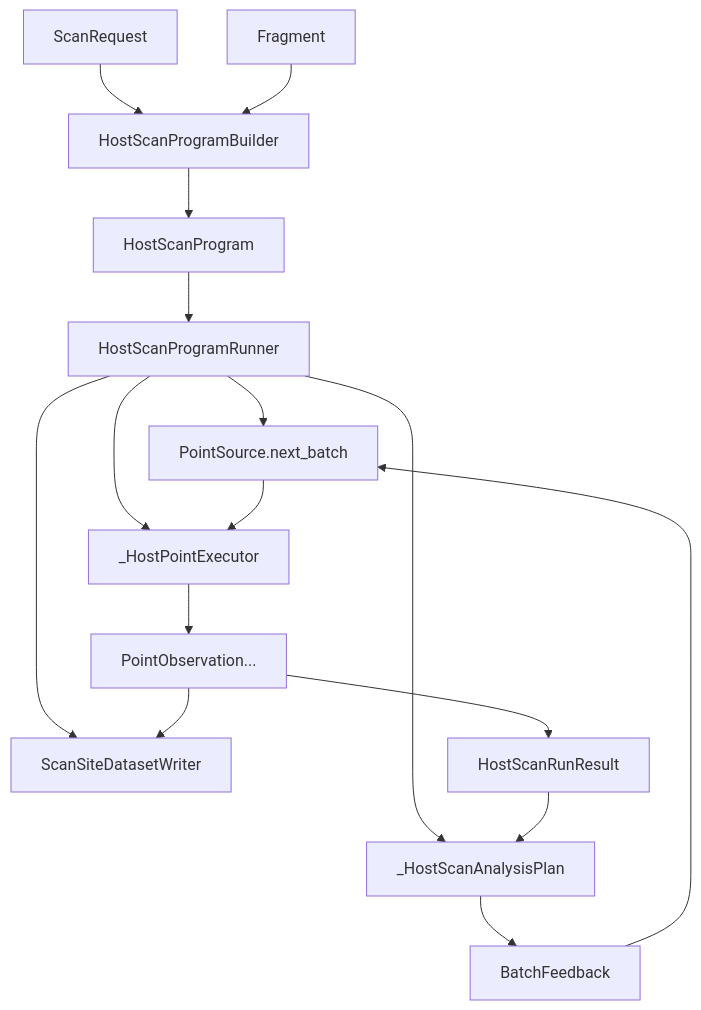
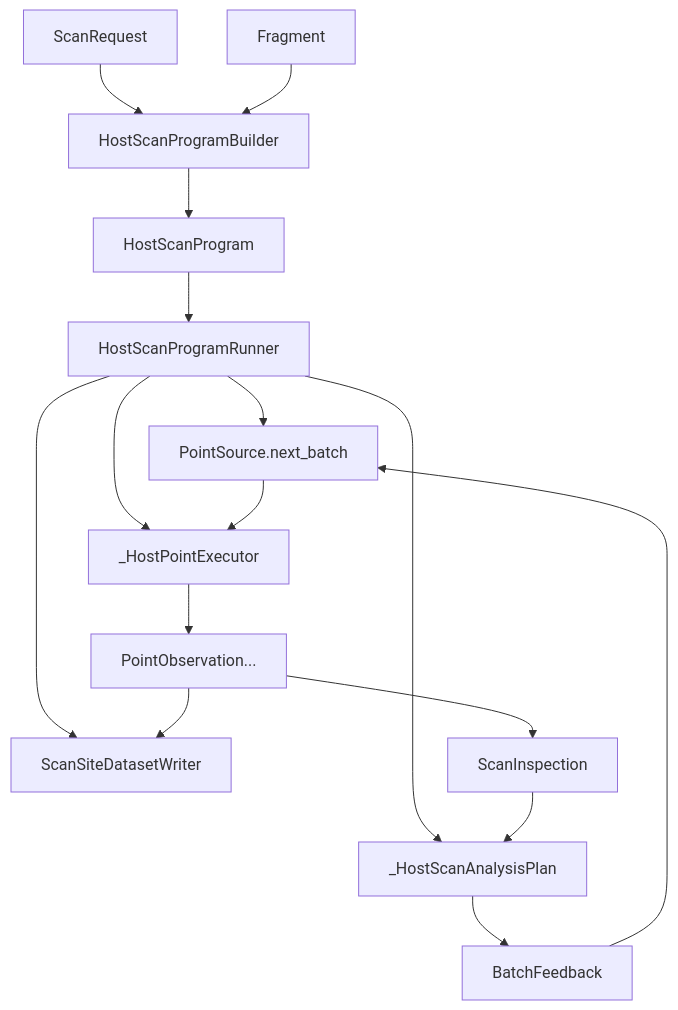
Before and after one commit to tomhepz/ndscan: the third of 4 diagrams in host_runtime_rewrite_summary.md, drawn with Mermaid. The commit also changed 36 other files, not shown here.

````diff
--- a/host_runtime_rewrite_summary.md
+++ b/host_runtime_rewrite_summary.md
@@ -432,20 +432,20 @@
 ```mermaid
 flowchart TD
     REQ[ScanRequest] --> BUILD[HostScanProgramBuilder]
     FRAG[Fragment] --> BUILD
     BUILD --> PROG[HostScanProgram]
 
     PROG --> RUN[HostScanProgramRunner]
     RUN --> SRC[PointSource.next_batch]
     RUN --> EXEC[_HostPointExecutor]
     RUN --> WRITE[ScanSiteDatasetWriter]
     RUN --> ANALYSIS[_HostScanAnalysisPlan]
 
     SRC --> EXEC
     EXEC --> OBS[PointObservation...]
     OBS --> WRITE
-    OBS --> MEM[HostScanRunResult]
+    OBS --> MEM[ScanInspection]
     MEM --> ANALYSIS
     ANALYSIS --> FB[BatchFeedback]
     FB --> SRC
 ```
````
